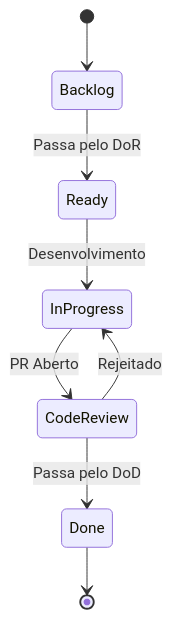
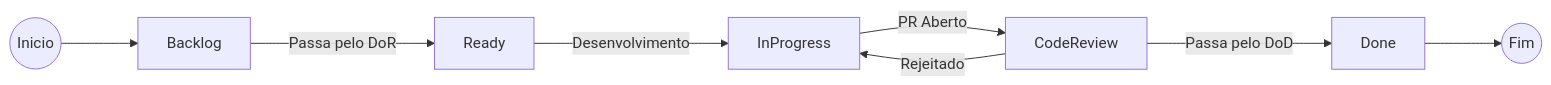
Before and after one commit to pedrohpsantos/EdTech: the diagram in docs/planejamento/dor_dod.md, drawn with Mermaid. The commit also changed 11 other files, not shown here.

Commit message:
refactor: update project documentation with standardized Mermaid diagrams and improved CSS styling

````diff
--- a/docs/planejamento/dor_dod.md
+++ b/docs/planejamento/dor_dod.md
@@ -5,10 +5,11 @@
 ```mermaid
-stateDiagram-v2
-    [*] --> Backlog
-    Backlog --> Ready : Passa pelo DoR
-    Ready --> InProgress : Desenvolvimento
-    InProgress --> CodeReview : PR Aberto
-    CodeReview --> InProgress : Rejeitado
-    CodeReview --> Done : Passa pelo DoD
-    Done --> [*]
+flowchart LR
+    %%{init: {"flowchart": {"nodeSpacing": 60, "rankSpacing": 80}}}%%
+    Start((Inicio)) --> B["Backlog"]
+    B -->|Passa pelo DoR| R["Ready"]
+    R -->|Desenvolvimento| IP["InProgress"]
+    IP -->|PR Aberto| CR["CodeReview"]
+    CR -->|Rejeitado| IP
+    CR -->|Passa pelo DoD| D["Done"]
+    D --> End((Fim))
 ```
````
